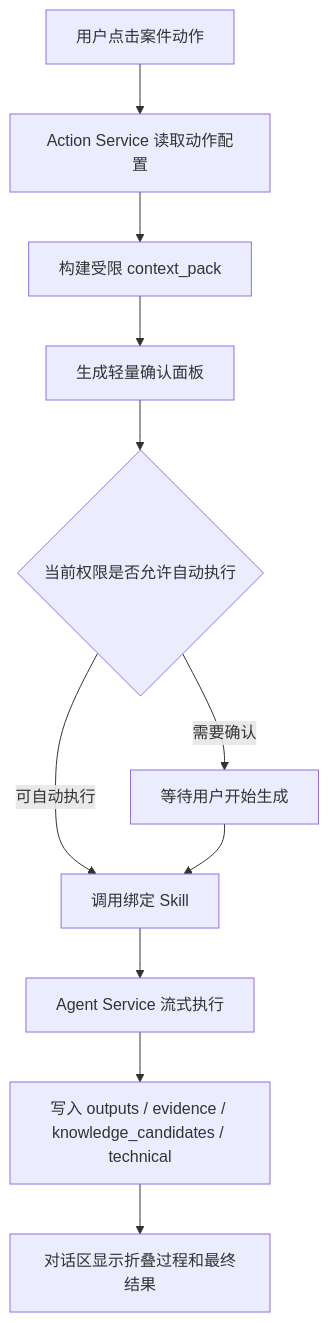
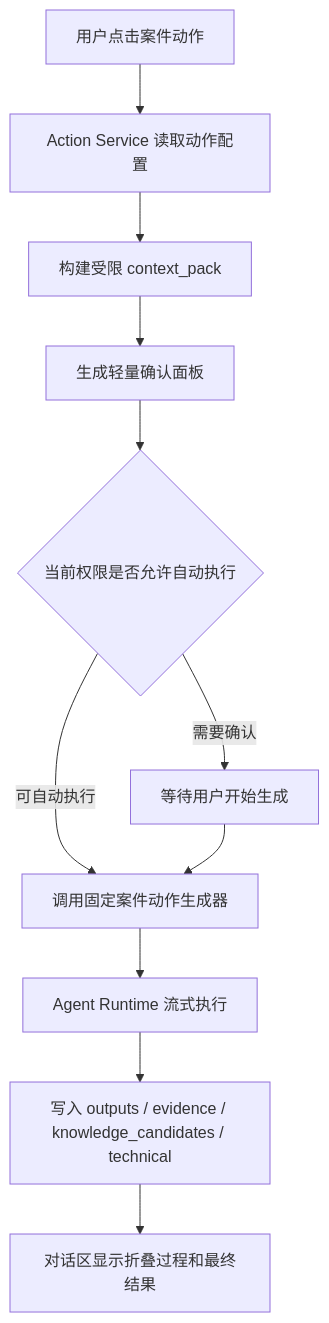
Before and after one commit to 123225073/sap-ai-consultant-workbench: the third of 4 diagrams in docs/product-prototype/TECHNICAL_IMPLEMENTATION.md, drawn with Mermaid. The commit also changed other lines of this file and 85 other files, not shown here.

Commit message:
feat: add independent agent runtime and capability center

````diff
--- a/docs/product-prototype/TECHNICAL_IMPLEMENTATION.md
+++ b/docs/product-prototype/TECHNICAL_IMPLEMENTATION.md
@@ -683,13 +715,13 @@
 ```mermaid
 flowchart TD
   A["用户点击案件动作"] --> B["Action Service 读取动作配置"]
   B --> C["构建受限 context_pack"]
   C --> D["生成轻量确认面板"]
   D --> E{"当前权限是否允许自动执行"}
   E -->|需要确认| F["等待用户开始生成"]
-  E -->|可自动执行| G["调用绑定 Skill"]
+  E -->|可自动执行| G["调用固定案件动作生成器"]
   F --> G
-  G --> H["Agent Service 流式执行"]
+  G --> H["Agent Runtime 流式执行"]
   H --> I["写入 outputs / evidence / knowledge_candidates / technical"]
   I --> J["对话区显示折叠过程和最终结果"]
 ```
````
